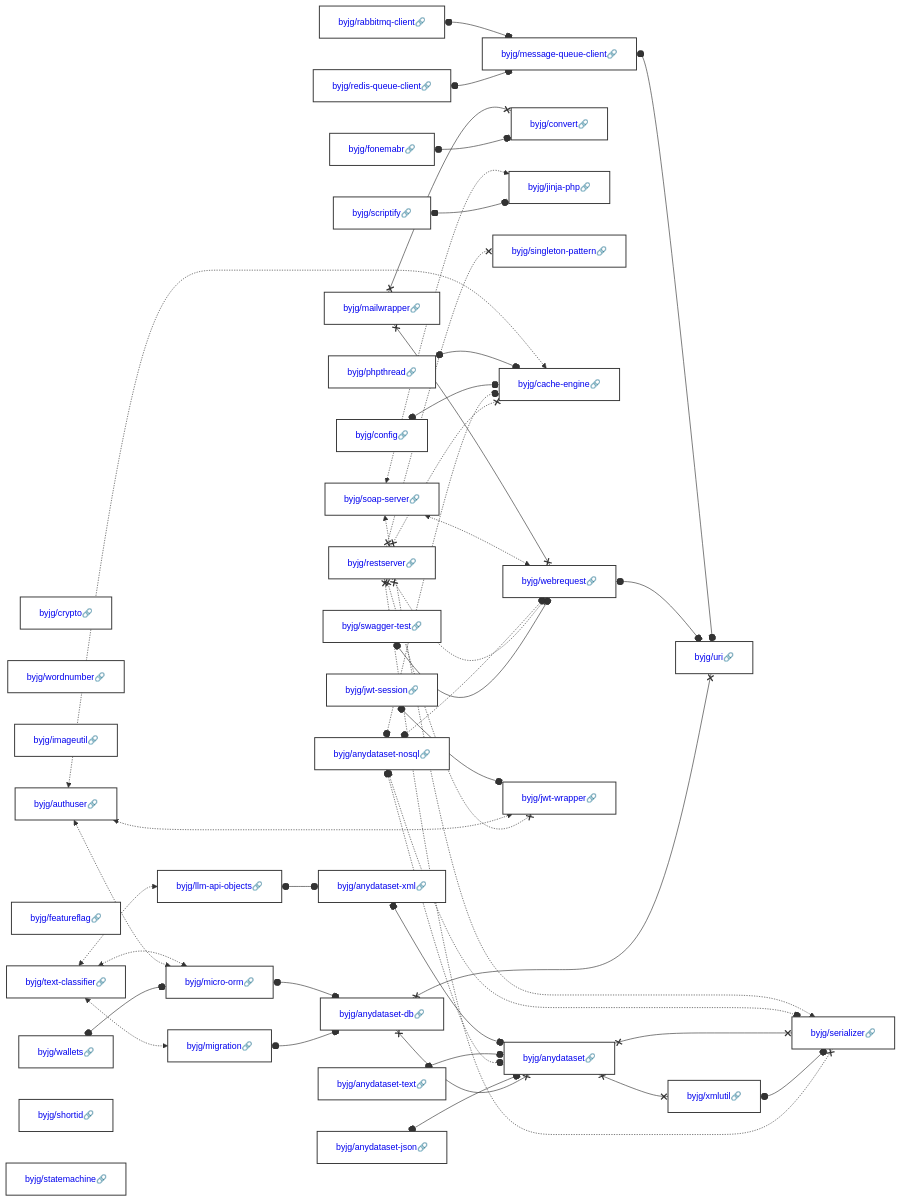
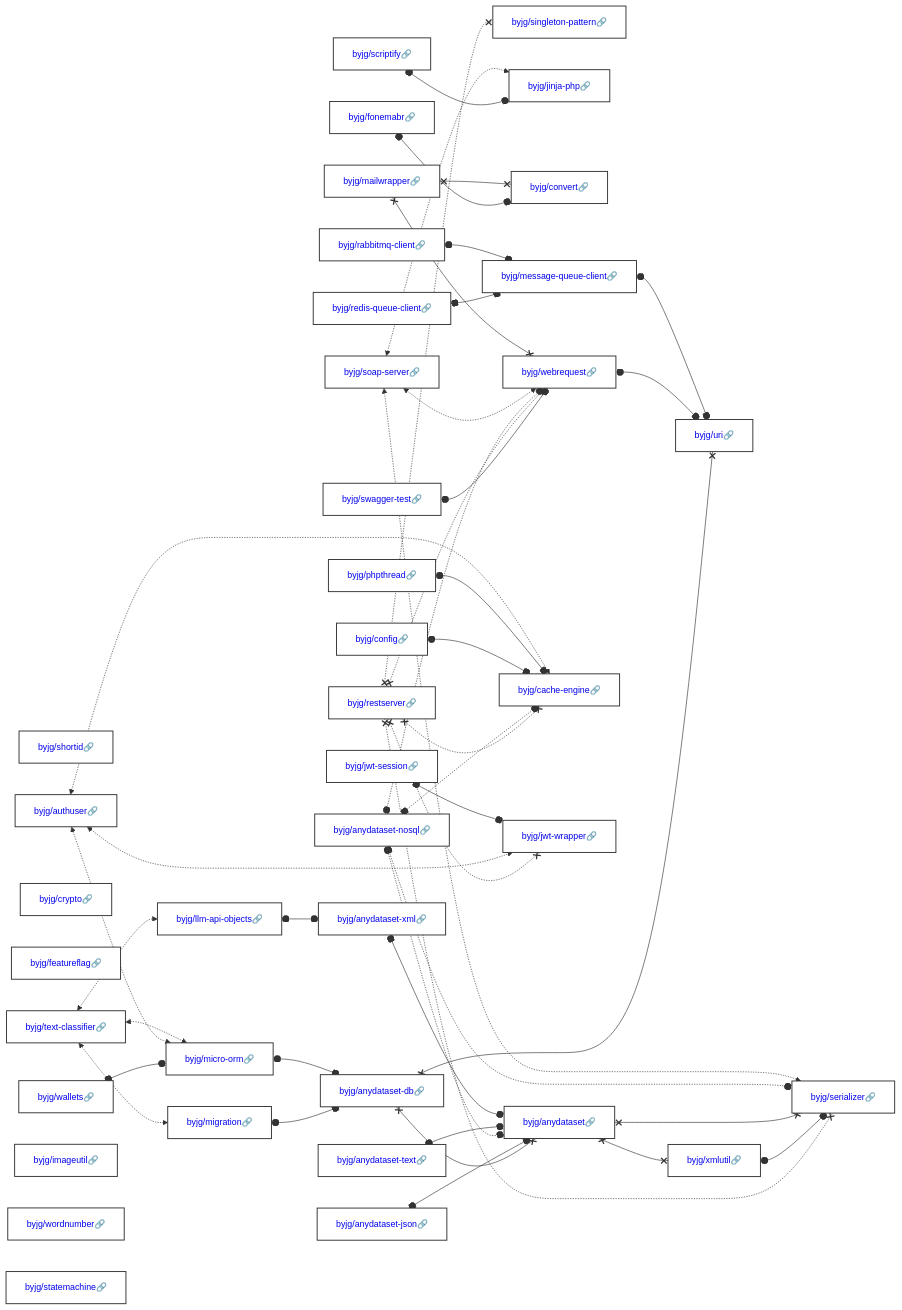
One commit to byjg/byjg.github.io changed the diagram in docs/php/README.md. Above: the diagram before and after it, drawn with Mermaid. The commit also changed other lines of this file, not shown here.

Commit message:
Update documentation 'php' 'php-gluo-core'

````diff
--- a/docs/php/README.md
+++ b/docs/php/README.md
@@ -3,37 +3,37 @@
 ```mermaid
 graph LR;
-  byjg/jwt-session[<a href='https://opensource.byjg.com/docs/php/jwt-session' style='text-decoration:none'>byjg/jwt-session🔗</a>];
-  byjg/redis-queue-client[<a href='https://opensource.byjg.com/docs/php/redis-queue-client' style='text-decoration:none'>byjg/redis-queue-client🔗</a>];
+  byjg/shortid[<a href='https://opensource.byjg.com/docs/php/shortid' style='text-decoration:none'>byjg/shortid🔗</a>];
+  byjg/anydataset-text[<a href='https://opensource.byjg.com/docs/php/anydataset-text' style='text-decoration:none'>byjg/anydataset-text🔗</a>];
   byjg/rabbitmq-client[<a href='https://opensource.byjg.com/docs/php/rabbitmq-client' style='text-decoration:none'>byjg/rabbitmq-client🔗</a>];
+  byjg/restserver[<a href='https://opensource.byjg.com/docs/php/restserver' style='text-decoration:none'>byjg/restserver🔗</a>];
+  byjg/wallets[<a href='https://opensource.byjg.com/docs/php/wallets' style='text-decoration:none'>byjg/wallets🔗</a>];
   byjg/crypto[<a href='https://opensource.byjg.com/docs/php/crypto' style='text-decoration:none'>byjg/crypto🔗</a>];
-  byjg/config[<a href='https://opensource.byjg.com/docs/php/config' style='text-decoration:none'>byjg/config🔗</a>];
-  byjg/wordnumber[<a href='https://opensource.byjg.com/docs/php/wordnumber' style='text-decoration:none'>byjg/wordnumber🔗</a>];
-  byjg/imageutil[<a href='https://opensource.byjg.com/docs/php/imageutil' style='text-decoration:none'>byjg/imageutil🔗</a>];
-  byjg/anydataset-json[<a href='https://opensource.byjg.com/docs/php/anydataset-json' style='text-decoration:none'>byjg/anydataset-json🔗</a>];
-  byjg/scriptify[<a href='https://opensource.byjg.com/docs/php/scriptify' style='text-decoration:none'>byjg/scriptify🔗</a>];
-  byjg/wallets[<a href='https://opensource.byjg.com/docs/php/wallets' style='text-decoration:none'>byjg/wallets🔗</a>];
-  byjg/phpthread[<a href='https://opensource.byjg.com/docs/php/phpthread' style='text-decoration:none'>byjg/phpthread🔗</a>];
-  byjg/mailwrapper[<a href='https://opensource.byjg.com/docs/php/mailwrapper' style='text-decoration:none'>byjg/mailwrapper🔗</a>];
   byjg/featureflag[<a href='https://opensource.byjg.com/docs/php/featureflag' style='text-decoration:none'>byjg/featureflag🔗</a>];
-  byjg/anydataset-nosql[<a href='https://opensource.byjg.com/docs/php/anydataset-nosql' style='text-decoration:none'>byjg/anydataset-nosql🔗</a>];
-  byjg/anydataset-text[<a href='https://opensource.byjg.com/docs/php/anydataset-text' style='text-decoration:none'>byjg/anydataset-text🔗</a>];
+  byjg/swagger-test[<a href='https://opensource.byjg.com/docs/php/swagger-test' style='text-decoration:none'>byjg/swagger-test🔗</a>];
   byjg/authuser[<a href='https://opensource.byjg.com/docs/php/authuser' style='text-decoration:none'>byjg/authuser🔗</a>];
   byjg/text-classifier[<a href='https://opensource.byjg.com/docs/php/text-classifier' style='text-decoration:none'>byjg/text-classifier🔗</a>];
-  byjg/shortid[<a href='https://opensource.byjg.com/docs/php/shortid' style='text-decoration:none'>byjg/shortid🔗</a>];
+  byjg/scriptify[<a href='https://opensource.byjg.com/docs/php/scriptify' style='text-decoration:none'>byjg/scriptify🔗</a>];
+  byjg/imageutil[<a href='https://opensource.byjg.com/docs/php/imageutil' style='text-decoration:none'>byjg/imageutil🔗</a>];
+  byjg/wordnumber[<a href='https://opensource.byjg.com/docs/php/wordnumber' style='text-decoration:none'>byjg/wordnumber🔗</a>];
+  byjg/anydataset-nosql[<a href='https://opensource.byjg.com/docs/php/anydataset-nosql' style='text-decoration:none'>byjg/anydataset-nosql🔗</a>];
   byjg/fonemabr[<a href='https://opensource.byjg.com/docs/php/fonemabr' style='text-decoration:none'>byjg/fonemabr🔗</a>];
   byjg/soap-server[<a href='https://opensource.byjg.com/docs/php/soap-server' style='text-decoration:none'>byjg/soap-server🔗</a>];
-  byjg/swagger-test[<a href='https://opensource.byjg.com/docs/php/swagger-test' style='text-decoration:none'>byjg/swagger-test🔗</a>];
-  byjg/restserver[<a href='https://opensource.byjg.com/docs/php/restserver' style='text-decoration:none'>byjg/restserver🔗</a>];
+  byjg/mailwrapper[<a href='https://opensource.byjg.com/docs/php/mailwrapper' style='text-decoration:none'>byjg/mailwrapper🔗</a>];
+  byjg/config[<a href='https://opensource.byjg.com/docs/php/config' style='text-decoration:none'>byjg/config🔗</a>];
+  byjg/redis-queue-client[<a href='https://opensource.byjg.com/docs/php/redis-queue-client' style='text-decoration:none'>byjg/redis-queue-client🔗</a>];
+  byjg/phpthread[<a href='https://opensource.byjg.com/docs/php/phpthread' style='text-decoration:none'>byjg/phpthread🔗</a>];
   byjg/statemachine[<a href='https://opensource.byjg.com/docs/php/statemachine' style='text-decoration:none'>byjg/statemachine🔗</a>];
-  byjg/message-queue-client[<a href='https://opensource.byjg.com/docs/php/message-queue-client' style='text-decoration:none'>byjg/message-queue-client🔗</a>];
+  byjg/jwt-session[<a href='https://opensource.byjg.com/docs/php/jwt-session' style='text-decoration:none'>byjg/jwt-session🔗</a>];
+  byjg/anydataset-json[<a href='https://opensource.byjg.com/docs/php/anydataset-json' style='text-decoration:none'>byjg/anydataset-json🔗</a>];
+  byjg/singleton-pattern[<a href='https://opensource.byjg.com/docs/php/singleton-pattern' style='text-decoration:none'>byjg/singleton-pattern🔗</a>];
   byjg/micro-orm[<a href='https://opensource.byjg.com/docs/php/micro-orm' style='text-decoration:none'>byjg/micro-orm🔗</a>];
   byjg/migration[<a href='https://opensource.byjg.com/docs/php/migration' style='text-decoration:none'>byjg/migration🔗</a>];
   byjg/llm-api-objects[<a href='https://opensource.byjg.com/docs/php/llm-api-objects' style='text-decoration:none'>byjg/llm-api-objects🔗</a>];
+  byjg/jinja-php[<a href='https://opensource.byjg.com/docs/php/jinja-php' style='text-decoration:none'>byjg/jinja-php🔗</a>];
   byjg/convert[<a href='https://opensource.byjg.com/docs/php/convert' style='text-decoration:none'>byjg/convert🔗</a>];
-  byjg/jinja-php[<a href='https://opensource.byjg.com/docs/php/jinja-php' style='text-decoration:none'>byjg/jinja-php🔗</a>];
-  byjg/singleton-pattern[<a href='https://opensource.byjg.com/docs/php/singleton-pattern' style='text-decoration:none'>byjg/singleton-pattern🔗</a>];
+  byjg/webrequest[<a href='https://opensource.byjg.com/docs/php/webrequest' style='text-decoration:none'>byjg/webrequest🔗</a>];
+  byjg/message-queue-client[<a href='https://opensource.byjg.com/docs/php/message-queue-client' style='text-decoration:none'>byjg/message-queue-client🔗</a>];
   byjg/cache-engine[<a href='https://opensource.byjg.com/docs/php/cache-engine' style='text-decoration:none'>byjg/cache-engine🔗</a>];
-  byjg/webrequest[<a href='https://opensource.byjg.com/docs/php/webrequest' style='text-decoration:none'>byjg/webrequest🔗</a>];
   byjg/jwt-wrapper[<a href='https://opensource.byjg.com/docs/php/jwt-wrapper' style='text-decoration:none'>byjg/jwt-wrapper🔗</a>];
   byjg/anydataset-db[<a href='https://opensource.byjg.com/docs/php/anydataset-db' style='text-decoration:none'>byjg/anydataset-db🔗</a>];
   byjg/anydataset-xml[<a href='https://opensource.byjg.com/docs/php/anydataset-xml' style='text-decoration:none'>byjg/anydataset-xml🔗</a>];
````
